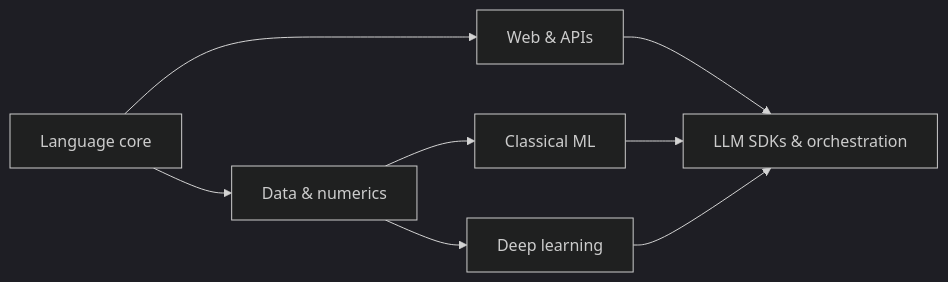
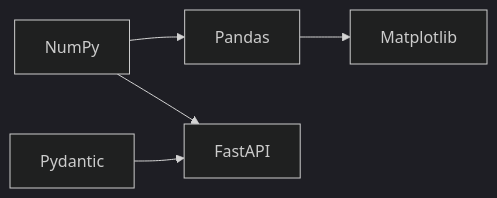
Before and after one commit to abdulsamad183/ai-engineering-playbook: the second of 2 diagrams in domains/python-frameworks-libraries/README.md, drawn with Mermaid (dark theme). The commit also changed other lines of this file and 48 other files, not shown here.

First line of the commit message:
Add Frameworks curriculum: NumPy, Pandas, Matplotlib, FastAPI, Pydantic.

````diff
--- a/domains/python-frameworks-libraries/README.md
+++ b/domains/python-frameworks-libraries/README.md
@@ -18,10 +114,7 @@
 ```mermaid
 flowchart LR
-  A[Language core] --> B[Web & APIs]
-  A --> C[Data & numerics]
-  C --> D[Classical ML]
-  C --> E[Deep learning]
-  B --> F[LLM SDKs & orchestration]
-  D --> F
-  E --> F
+  NP[NumPy] --> PD[Pandas]
+  PD --> MP[Matplotlib]
+  PY[Pydantic] --> FA[FastAPI]
+  NP --> FA
 ```
````
